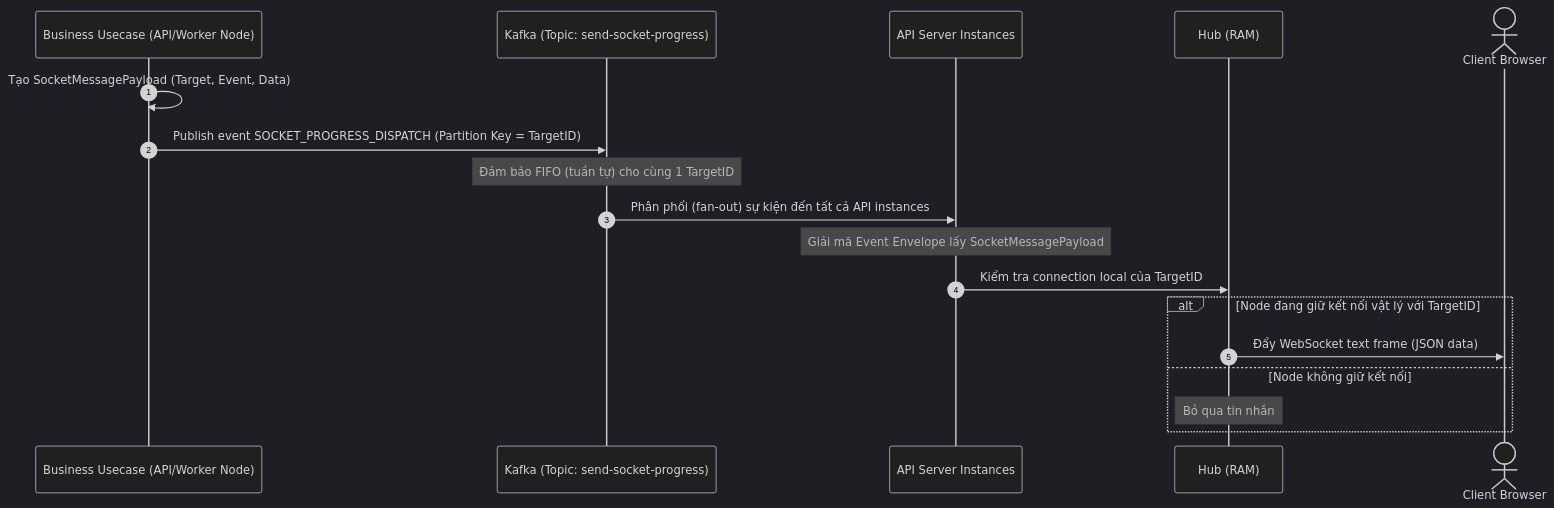
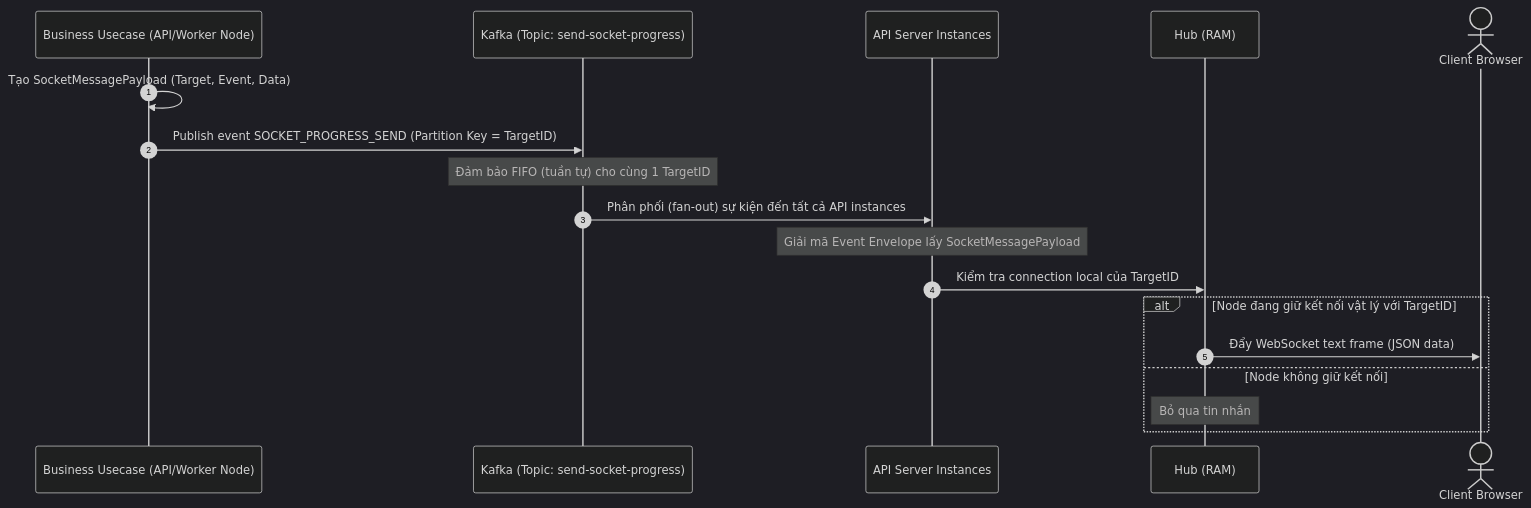
Before and after one commit to sowfkun/sowfkun-verse: the third of 4 diagrams in .agents/docs/SOCKET_FLOW.md, drawn with Mermaid (dark theme). The commit also changed other lines of this file and 1 other file, not shown here.

Commit message:
refactor(socket): rename event socket progress dispatch to socket progress send

````diff
--- a/.agents/docs/SOCKET_FLOW.md
+++ b/.agents/docs/SOCKET_FLOW.md
@@ -64,21 +64,21 @@
 ```mermaid
 sequenceDiagram
     autonumber
     participant App as Business Usecase (API/Worker Node)
     participant Kafka as Kafka (Topic: send-socket-progress)
     participant APINode as API Server Instances
     participant Hub as Hub (RAM)
     actor Client as Client Browser
 
     App->>App: Tạo SocketMessagePayload (Target, Event, Data)
-    App->>Kafka: Publish event SOCKET_PROGRESS_DISPATCH (Partition Key = TargetID)
+    App->>Kafka: Publish event SOCKET_PROGRESS_SEND (Partition Key = TargetID)
     Note over Kafka: Đảm bảo FIFO (tuần tự) cho cùng 1 TargetID
     Kafka->>APINode: Phân phối (fan-out) sự kiện đến tất cả API instances
     Note over APINode: Giải mã Event Envelope lấy SocketMessagePayload
     APINode->>Hub: Kiểm tra connection local của TargetID
     alt Node đang giữ kết nối vật lý với TargetID
         Hub->>Client: Đẩy WebSocket text frame (JSON data)
     else Node không giữ kết nối
         Note over Hub: Bỏ qua tin nhắn
     end
 ```
````
